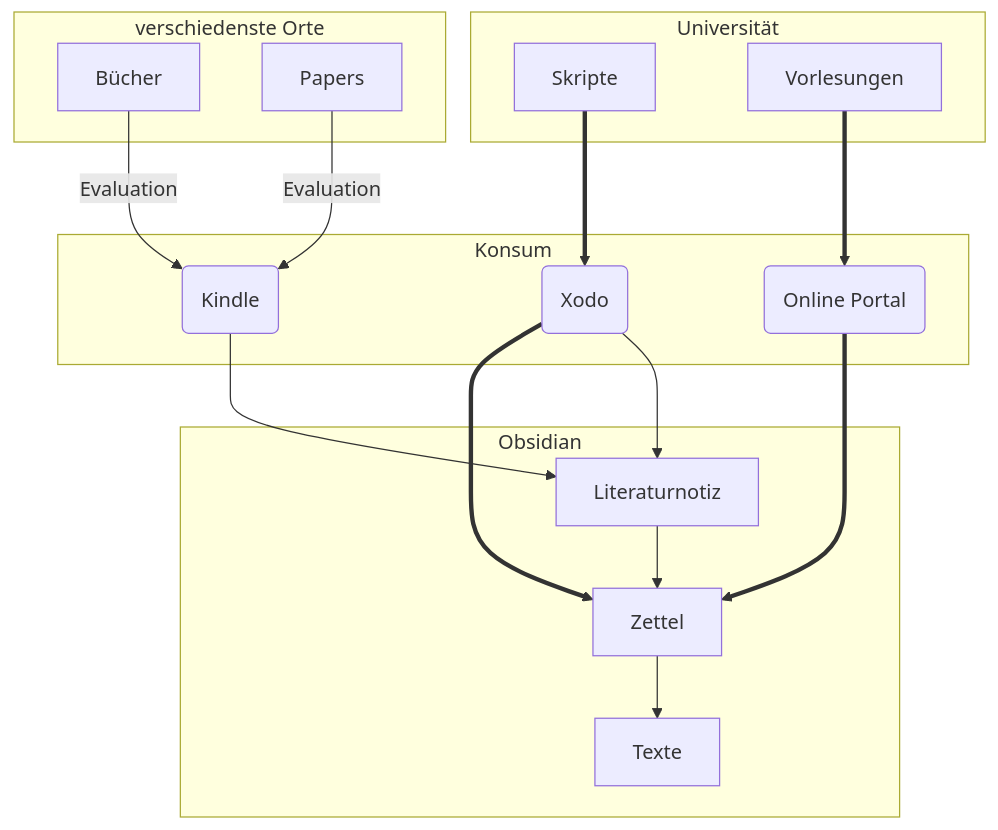
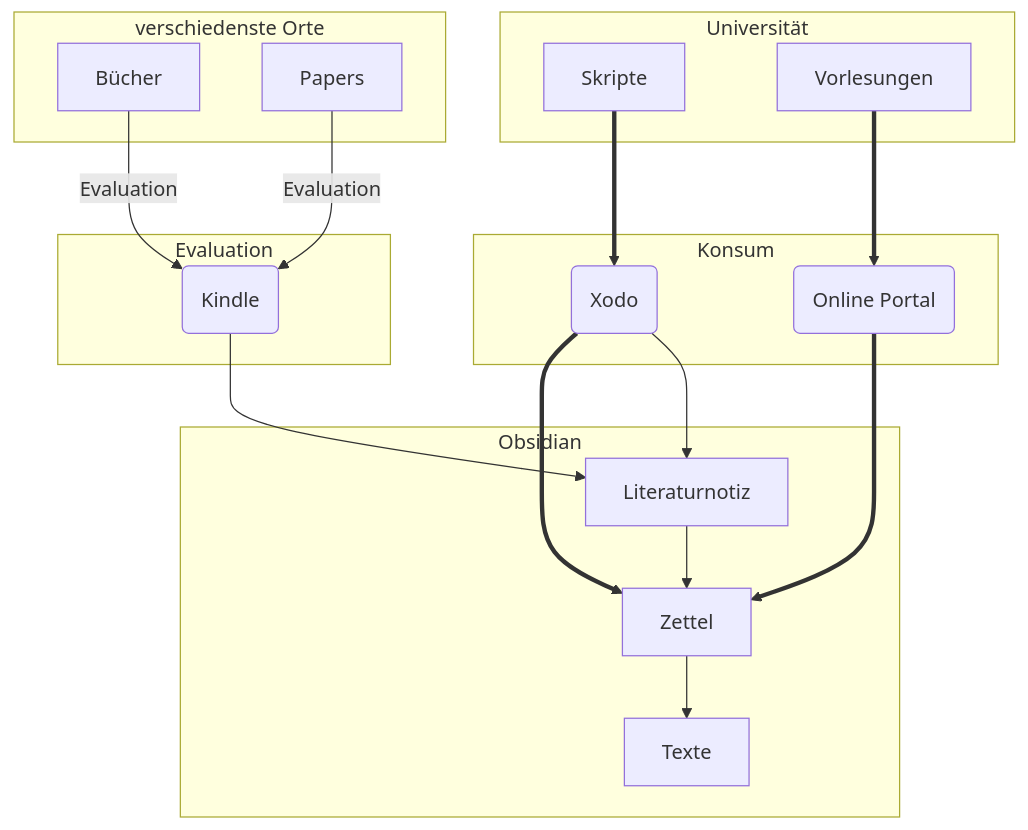
The diagram in System/Informationsverarbeitung.md (julianstoerig/zettelkasten), drawn with Mermaid before and after one commit. The commit also changed 1 other file, not shown here.

Commit message:
automatic version-control: 2021-01-14 13:52:38

````diff
--- a/System/Informationsverarbeitung.md
+++ b/System/Informationsverarbeitung.md
@@ -1,46 +1,50 @@
 ```mermaid
 flowchart TB;
 
 B[Bücher]
 S[Skripte]
 V[Vorlesungen]
 P[Papers]
 
 K(Kindle)
 X(Xodo)
 OP(Online Portal)
 
 L[Literaturnotiz]
 Z[Zettel]
 T[Texte]
+
+subgraph Evaluation
+	K
+end
 
 subgraph verschiedenste Orte
 	B
 	P
 end
 
 subgraph Universität
 	S
 	V
 end
 
 B & P -->|Evaluation| K
 S ==> X
 V ==> OP
 
 subgraph Konsum
 	K
 	X
 	OP
 end
 
 K --> L
 X --> L
 X ==> Z
 OP ==> Z
 
 subgraph Obsidian	
 	L --> Z
 	Z --> T
 end
 ```
````
